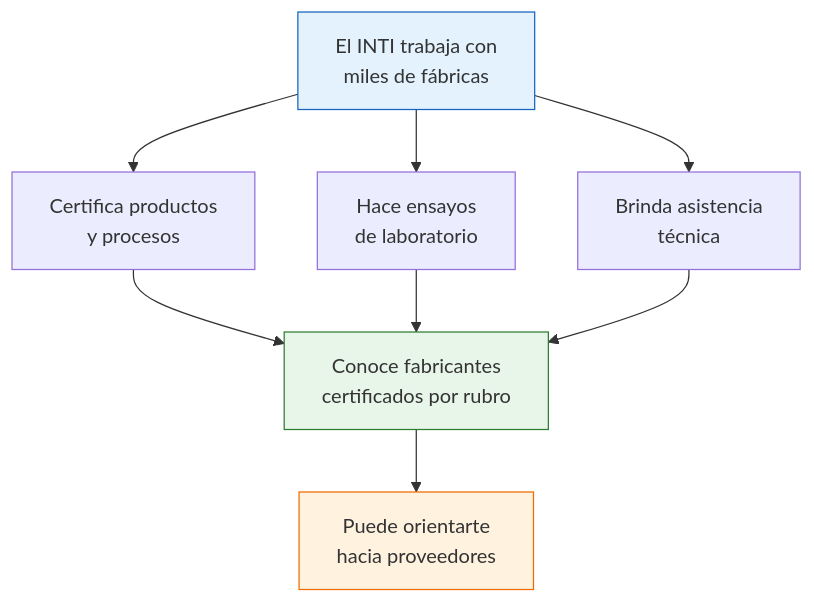
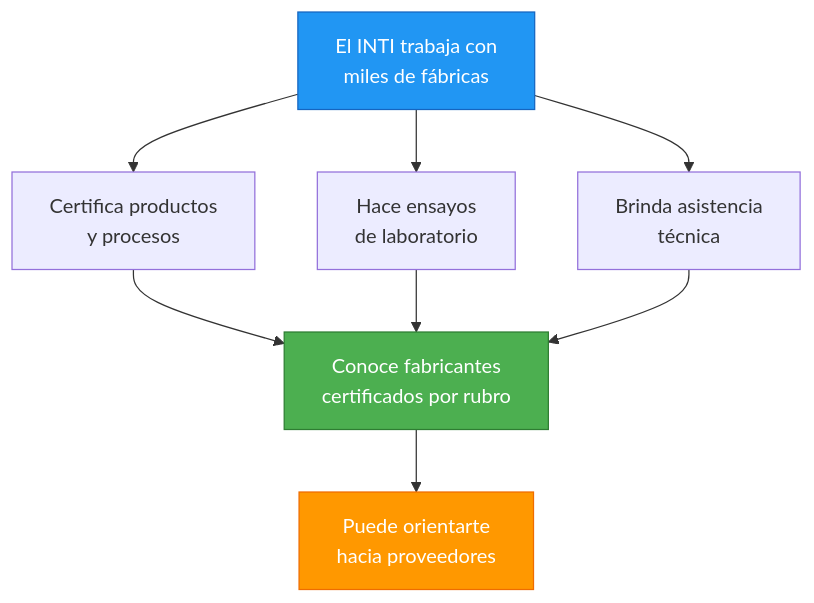
The diagram in app/paso1-argentina/encontrar-fabricas/inti-certificaciones.mdx (barrosignacioezequiel-coder/docs), drawn with Mermaid before and after one commit. The commit also changed 66 other files, not shown here.

First line of the commit message:
fix: resolve Mermaid v11 numbered list errors + improve contrast

````diff
--- a/app/paso1-argentina/encontrar-fabricas/inti-certificaciones.mdx
+++ b/app/paso1-argentina/encontrar-fabricas/inti-certificaciones.mdx
@@ -28,16 +28,16 @@
 ```mermaid
 graph TD
     A["El INTI trabaja con<br/>miles de fábricas"] --> B["Certifica productos<br/>y procesos"]
     A --> C["Hace ensayos<br/>de laboratorio"]
     A --> D["Brinda asistencia<br/>técnica"]
 
     B --> E["Conoce fabricantes<br/>certificados por rubro"]
     C --> E
     D --> E
 
     E --> F["Puede orientarte<br/>hacia proveedores"]
 
-    style A fill:#e3f2fd,stroke:#1565c0
-    style E fill:#e8f5e9,stroke:#2e7d32
-    style F fill:#fff3e0,stroke:#ef6c00
+    style A fill:#2196f3,stroke:#1565c0,color:#fff
+    style E fill:#4caf50,stroke:#2e7d32,color:#fff
+    style F fill:#ff9800,stroke:#ef6c00,color:#fff
 ```
````
